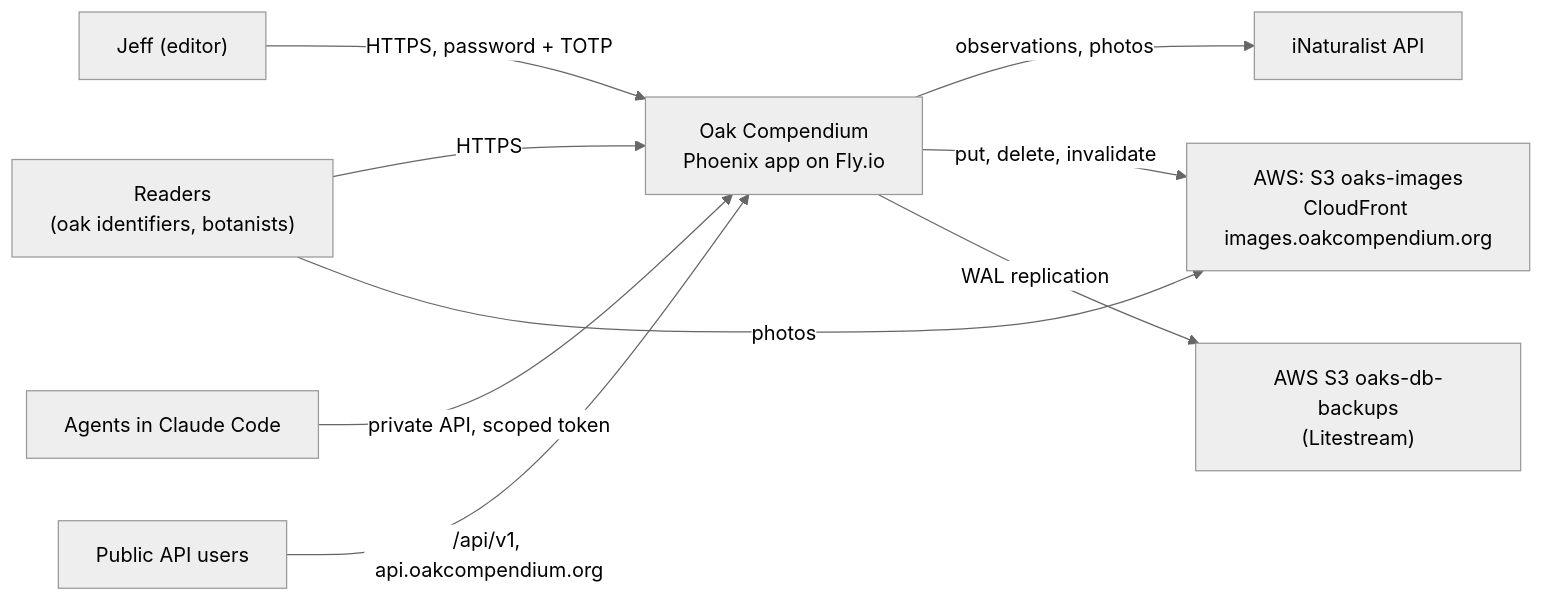
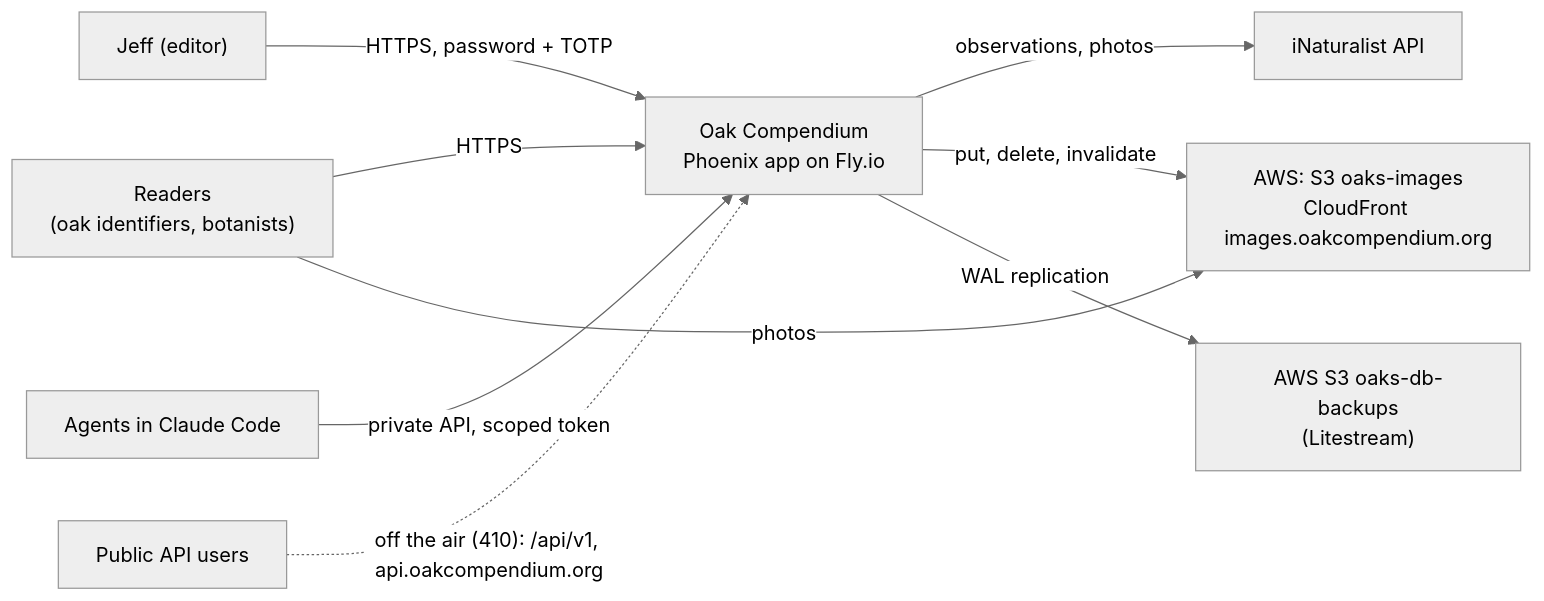
The first of 3 diagrams in docs/architecture/README.md (jeffdc/oaks), drawn with Mermaid (neutral theme) before and after one commit. The commit also changed other lines of this file and 19 other files, not shown here.

First line of the commit message:
Take the public API off the air

````diff
--- a/docs/architecture/README.md
+++ b/docs/architecture/README.md
@@ -18,12 +18,12 @@
 ```mermaid
 flowchart LR
   reader["Readers<br/>(oak identifiers, botanists)"] -->|HTTPS| site
   jeff["Jeff (editor)"] -->|HTTPS, password + TOTP| site
   agents["Agents in Claude Code"] -->|private API, scoped token| site
-  apiusers["Public API users"] -->|"/api/v1, api.oakcompendium.org"| site
+  apiusers["Public API users"] -.->|"off the air (410): /api/v1, api.oakcompendium.org"| site
   site["Oak Compendium<br/>Phoenix app on Fly.io"]
   site -->|observations, photos| inat["iNaturalist API"]
   site -->|put, delete, invalidate| aws["AWS: S3 oaks-images<br/>CloudFront images.oakcompendium.org"]
   site -->|WAL replication| backups["AWS S3 oaks-db-backups<br/>(Litestream)"]
   reader -->|photos| aws
 ```
````
